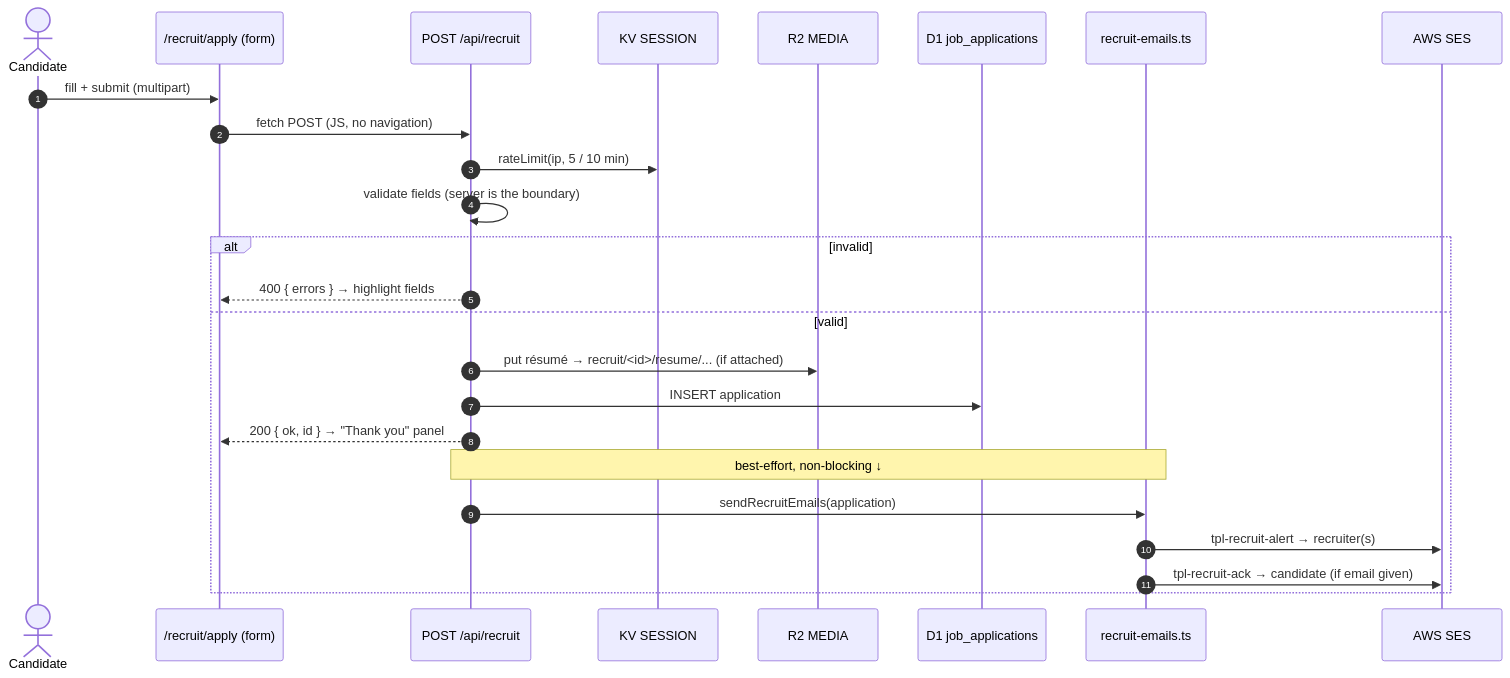
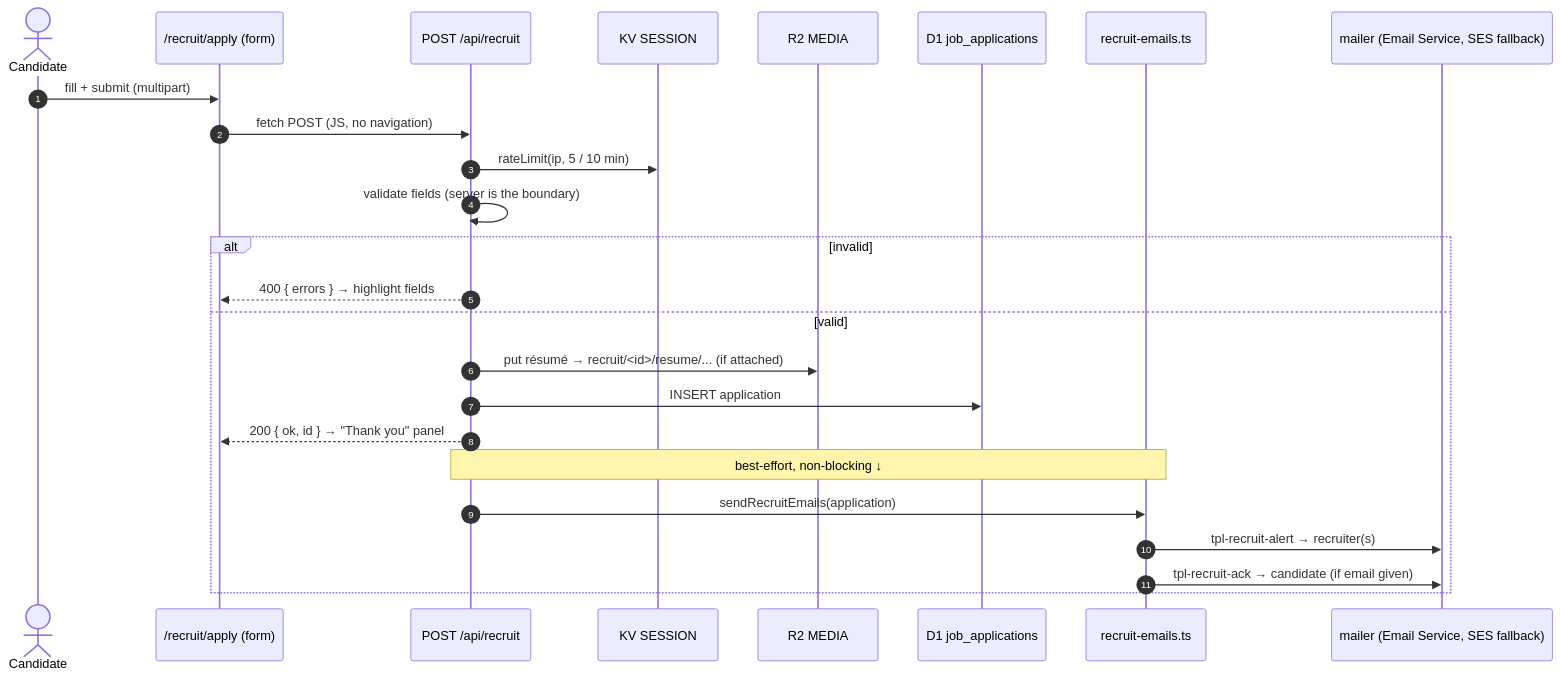
The fourth of 7 diagrams in docs/ARCHITECTURE.md (curevanails/curevanails), drawn with Mermaid before and after one commit. The commit also changed other lines of this file and 19 other files, not shown here.

````diff
--- a/docs/ARCHITECTURE.md
+++ b/docs/ARCHITECTURE.md
@@ -163,28 +166,28 @@
 ```mermaid
 sequenceDiagram
     autonumber
     actor C as Candidate
     participant F as /recruit/apply (form)
     participant API as POST /api/recruit
     participant KV as KV SESSION
     participant R2 as R2 MEDIA
     participant D1 as D1 job_applications
     participant EM as recruit-emails.ts
-    participant SES as AWS SES
+    participant SES as mailer (Email Service, SES fallback)
 
     C->>F: fill + submit (multipart)
     F->>API: fetch POST (JS, no navigation)
     API->>KV: rateLimit(ip, 5 / 10 min)
     API->>API: validate fields (server is the boundary)
     alt invalid
         API-->>F: 400 { errors } → highlight fields
     else valid
         API->>R2: put résumé → recruit/<id>/resume/... (if attached)
         API->>D1: INSERT application
         API-->>F: 200 { ok, id } → "Thank you" panel
         Note over API,EM: best-effort, non-blocking ↓
         API->>EM: sendRecruitEmails(application)
         EM->>SES: tpl-recruit-alert → recruiter(s)
         EM->>SES: tpl-recruit-ack → candidate (if email given)
     end
 ```
````
